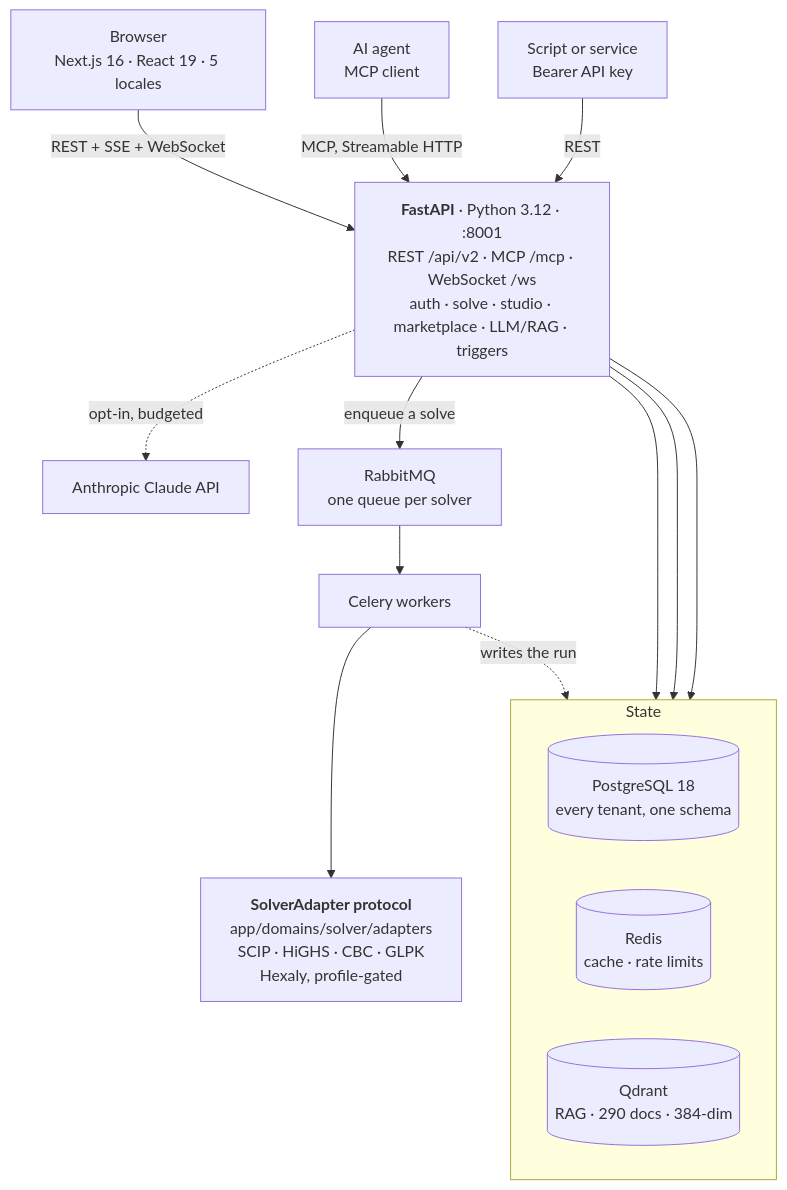
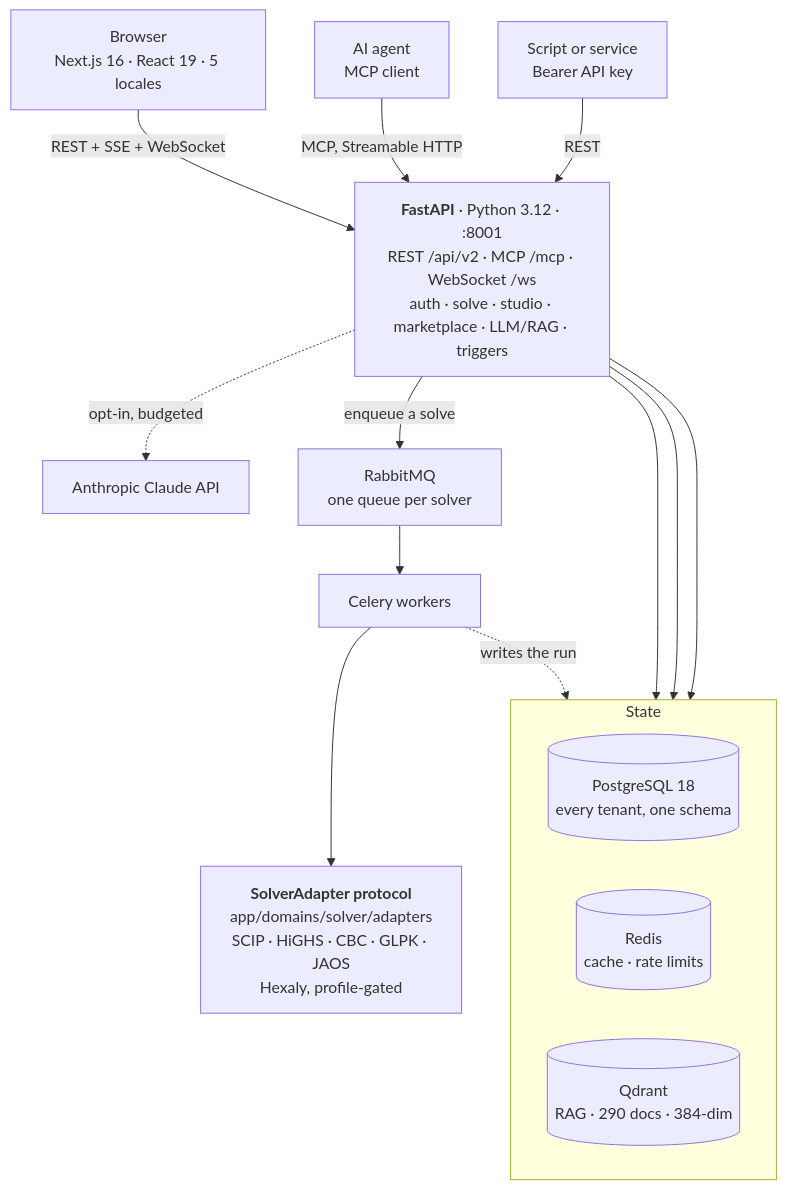
Before and after one commit to avallavall/jaot: the diagram in README.md, drawn with Mermaid. The commit also changed other lines of this file and 57 other files, not shown here.

````diff
--- a/README.md
+++ b/README.md
@@ -189,29 +189,29 @@
 ```mermaid
 flowchart TB
     BROWSER["Browser<br/>Next.js 16 · React 19 · 5 locales"]
     AGENT["AI agent<br/>MCP client"]
     SCRIPT["Script or service<br/>Bearer API key"]
 
     API["<b>FastAPI</b> · Python 3.12 · :8001<br/>REST /api/v2 · MCP /mcp · WebSocket /ws<br/>auth · solve · studio · marketplace · LLM/RAG · triggers"]
 
     BROWSER -->|"REST + SSE + WebSocket"| API
     AGENT -->|"MCP, Streamable HTTP"| API
     SCRIPT -->|"REST"| API
 
     subgraph STORES["State"]
         direction LR
         PG[("PostgreSQL 18<br/>every tenant, one schema")]
         REDIS[("Redis<br/>cache · rate limits")]
         QDRANT[("Qdrant<br/>RAG · 290 docs · 384-dim")]
     end
 
     API --> PG
     API --> REDIS
     API --> QDRANT
     API -.->|"opt-in, budgeted"| CLAUDE["Anthropic Claude API"]
 
     API -->|"enqueue a solve"| MQ["RabbitMQ<br/>one queue per solver"]
     MQ --> WORKERS["Celery workers"]
-    WORKERS --> ADAPTERS["<b>SolverAdapter protocol</b><br/>app/domains/solver/adapters<br/>SCIP · HiGHS · CBC · GLPK<br/>Hexaly, profile-gated"]
+    WORKERS --> ADAPTERS["<b>SolverAdapter protocol</b><br/>app/domains/solver/adapters<br/>SCIP · HiGHS · CBC · GLPK · JAOS<br/>Hexaly, profile-gated"]
     WORKERS -.->|"writes the run"| PG
 ```
````
